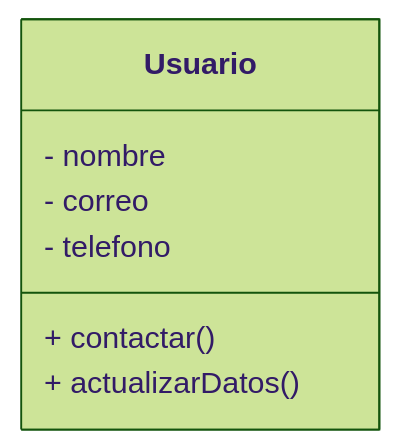
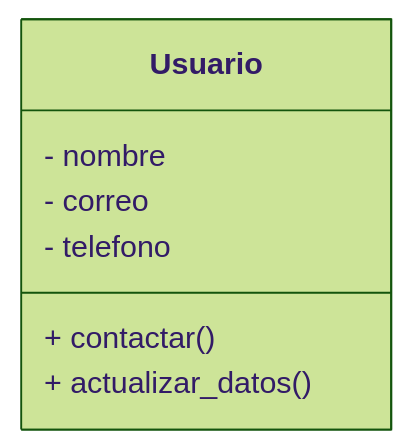
One commit to toonchavez8/Unir-Notes changed the fifth of 16 diagrams in Maestría-Ingeniería-de-Software/02-Metologias-Desarollo-y-Calidad/Actividades/Actividad_01_Miguel_DeJesus_Chavez_Barragan.md. Above: the diagram before and after it, drawn with Mermaid (forest theme). The commit also changed other lines of this file and 3 other files, not shown here.

````diff
--- a/Maestría-Ingeniería-de-Software/02-Metologias-Desarollo-y-Calidad/Actividades/Actividad_01_Miguel_DeJesus_Chavez_Barragan.md
+++ b/Maestría-Ingeniería-de-Software/02-Metologias-Desarollo-y-Calidad/Actividades/Actividad_01_Miguel_DeJesus_Chavez_Barragan.md
@@ -273,10 +267,10 @@
 ```mermaid
 classDiagram
  class Usuario {
     - nombre
     - correo
     - telefono
     + contactar()
-    + actualizarDatos()
+    + actualizar_datos()
  }
 ```
````
